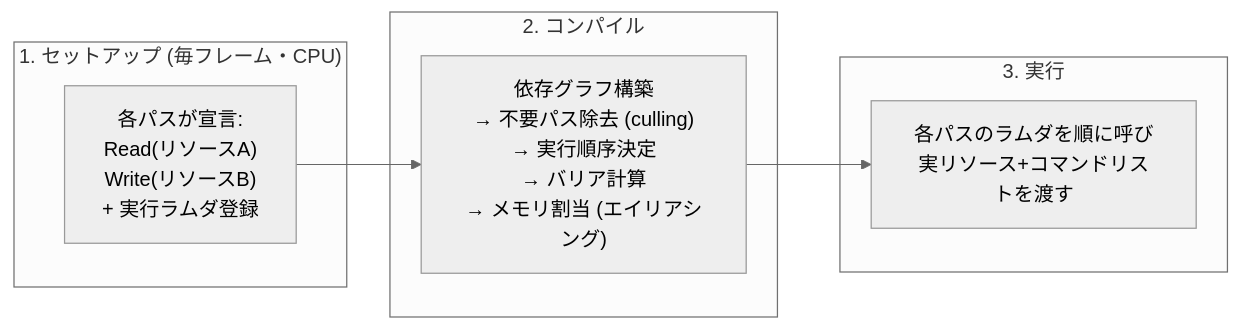
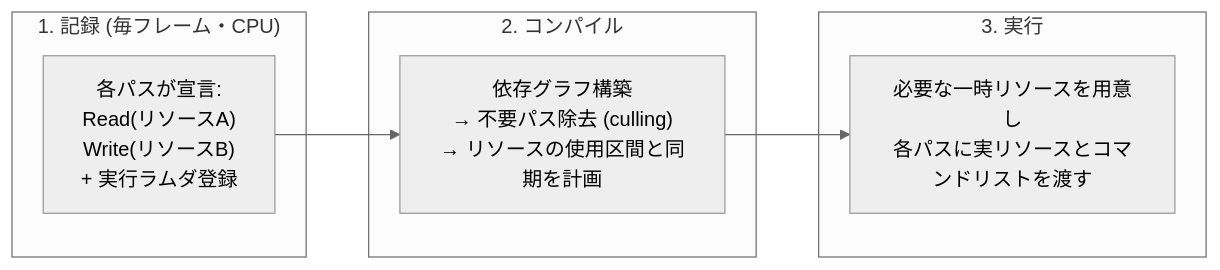
One commit to sny0/sny0.github.io changed the diagram in study/docs/graphics/optimization/render-graph.md. Above: the diagram before and after it, drawn with Mermaid (neutral theme). The commit also changed other lines of this file and 7 other files, not shown here.

````diff
--- a/study/docs/graphics/optimization/render-graph.md
+++ b/study/docs/graphics/optimization/render-graph.md
@@ -56,13 +58,13 @@
 ```mermaid
 flowchart LR
-    subgraph Setup["1. セットアップ (毎フレーム・CPU)"]
+    subgraph Setup["1. 記録 (毎フレーム・CPU)"]
         A["各パスが宣言:<br/>Read(リソースA)<br/>Write(リソースB)<br/>+ 実行ラムダ登録"]
     end
     subgraph Compile["2. コンパイル"]
-        B["依存グラフ構築<br/>→ 不要パス除去 (culling)<br/>→ 実行順序決定<br/>→ バリア計算<br/>→ メモリ割当 (エイリアシング)"]
+        B["依存グラフ構築<br/>→ 不要パス除去 (culling)<br/>→ リソースの使用区間と同期を計画"]
     end
     subgraph Execute["3. 実行"]
-        C["各パスのラムダを順に呼び<br/>実リソース+コマンドリストを渡す"]
+        C["必要な一時リソースを用意し<br/>各パスに実リソースとコマンドリストを渡す"]
     end
     A --> B --> C
 ```
````
